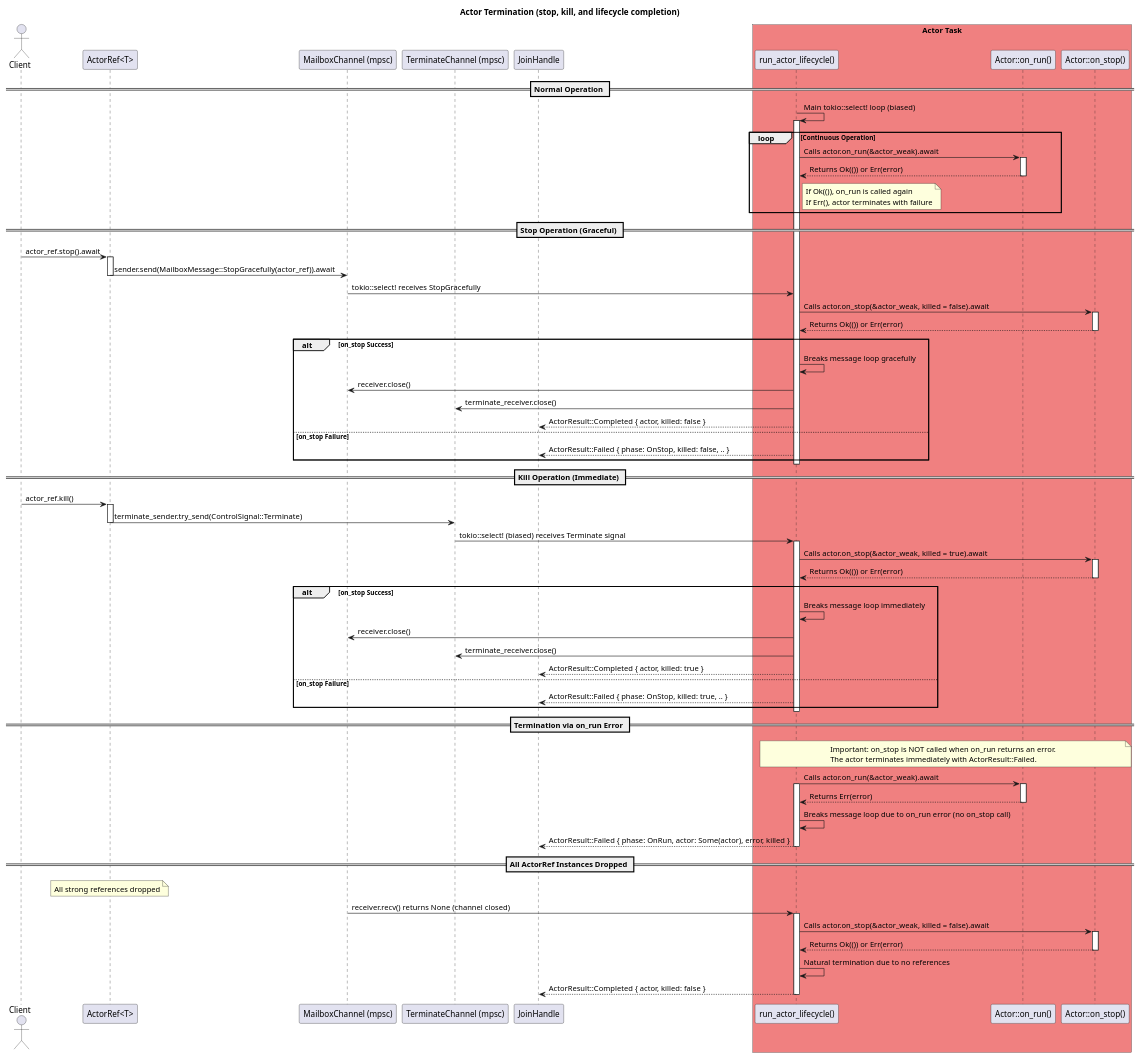
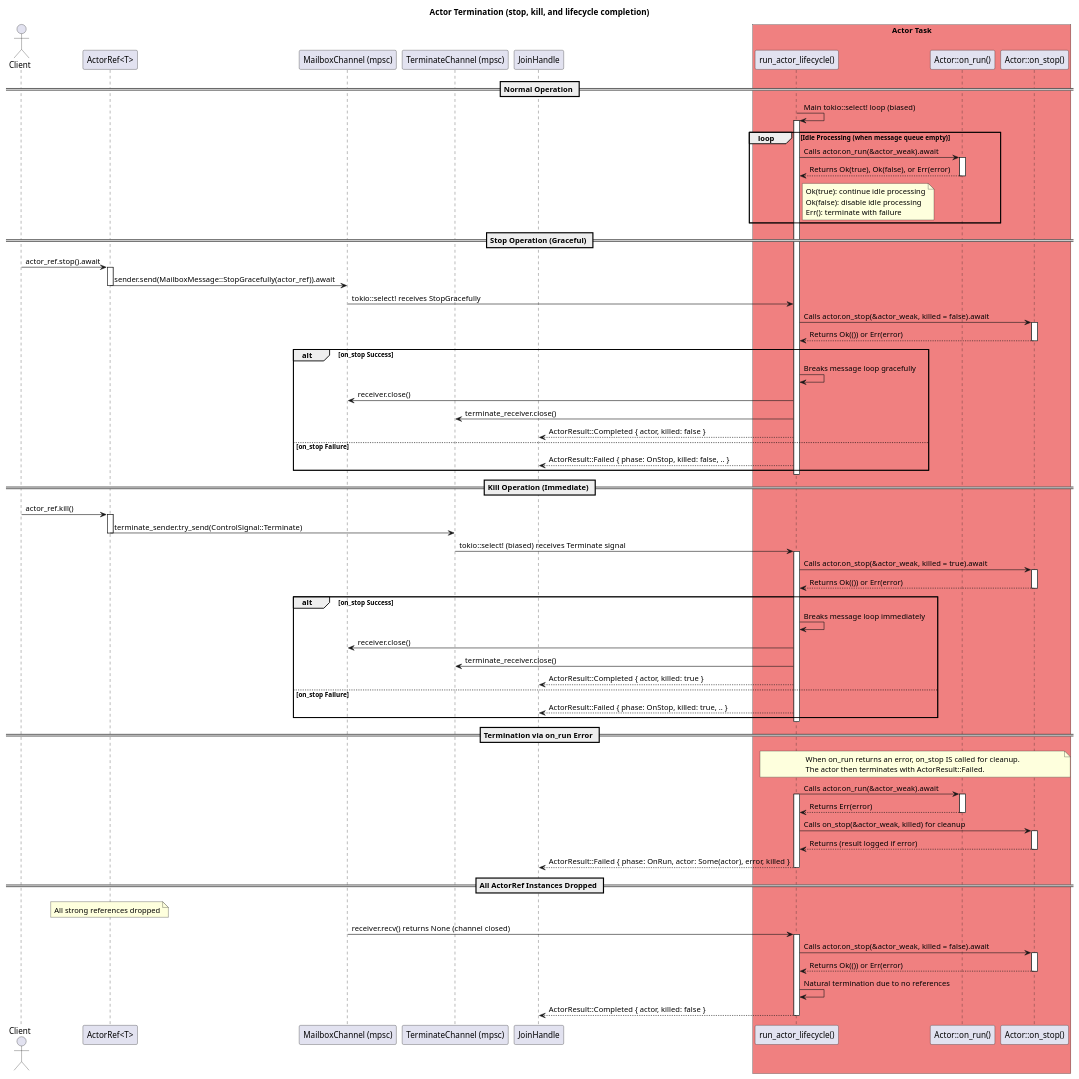
One commit to hiking90/rsactor changed the diagram in docs/termination.puml. Above: the diagram before and after it, drawn with PlantUML. The commit also changed 15 other files, not shown here.

First line of the commit message:
docs: update documentation for v0.13.0 on_run idle handler pattern

```diff
--- a/docs/termination.puml
+++ b/docs/termination.puml
@@ -1,103 +1,107 @@
 @startuml Actor Termination
 title Actor Termination (stop, kill, and lifecycle completion)
 
 actor Client
 participant "ActorRef<T>" as ActorRef_obj
 participant "MailboxChannel (mpsc)" as MailboxChannel
 participant "TerminateChannel (mpsc)" as TerminateChannel
 participant "run_actor_lifecycle()" as Lifecycle
 participant "Actor::on_run()" as on_run_method
 participant "Actor::on_stop()" as on_stop_method
 participant "JoinHandle" as JoinHandle_obj
 
 box "Actor Task" #LightCoral
     participant Lifecycle
     participant on_run_method
     participant on_stop_method
 end box
 
 == Normal Operation ==
 Lifecycle -> Lifecycle: Main tokio::select! loop (biased)
 activate Lifecycle
-loop Continuous Operation
+loop Idle Processing (when message queue empty)
   Lifecycle -> on_run_method: Calls actor.on_run(&actor_weak).await
   activate on_run_method
-  on_run_method --> Lifecycle: Returns Ok(()) or Err(error)
+  on_run_method --> Lifecycle: Returns Ok(true), Ok(false), or Err(error)
   deactivate on_run_method
-  note right of Lifecycle: If Ok(()), on_run is called again\nIf Err(), actor terminates with failure
+  note right of Lifecycle: Ok(true): continue idle processing\nOk(false): disable idle processing\nErr(): terminate with failure
 end
 
 == Stop Operation (Graceful) ==
 Client -> ActorRef_obj: actor_ref.stop().await
 activate ActorRef_obj
 ActorRef_obj -> MailboxChannel: sender.send(MailboxMessage::StopGracefully(actor_ref)).await
 deactivate ActorRef_obj
 
 MailboxChannel -> Lifecycle: tokio::select! receives StopGracefully
 Lifecycle -> on_stop_method: Calls actor.on_stop(&actor_weak, killed = false).await
 activate on_stop_method
 on_stop_method --> Lifecycle: Returns Ok(()) or Err(error)
 deactivate on_stop_method
 
 alt on_stop Success
   Lifecycle -> Lifecycle: Breaks message loop gracefully
   Lifecycle -> MailboxChannel: receiver.close()
   Lifecycle -> TerminateChannel: terminate_receiver.close()
   Lifecycle --> JoinHandle_obj: ActorResult::Completed { actor, killed: false }
 else on_stop Failure
   Lifecycle --> JoinHandle_obj: ActorResult::Failed { phase: OnStop, killed: false, .. }
 end
 deactivate Lifecycle
 
 == Kill Operation (Immediate) ==
 Client -> ActorRef_obj: actor_ref.kill()
 activate ActorRef_obj
 ActorRef_obj -> TerminateChannel: terminate_sender.try_send(ControlSignal::Terminate)
 deactivate ActorRef_obj
 
 TerminateChannel -> Lifecycle: tokio::select! (biased) receives Terminate signal
 activate Lifecycle
 Lifecycle -> on_stop_method: Calls actor.on_stop(&actor_weak, killed = true).await
 activate on_stop_method
 on_stop_method --> Lifecycle: Returns Ok(()) or Err(error)
 deactivate on_stop_method
 
 alt on_stop Success
   Lifecycle -> Lifecycle: Breaks message loop immediately
   Lifecycle -> MailboxChannel: receiver.close()
   Lifecycle -> TerminateChannel: terminate_receiver.close()
   Lifecycle --> JoinHandle_obj: ActorResult::Completed { actor, killed: true }
 else on_stop Failure
   Lifecycle --> JoinHandle_obj: ActorResult::Failed { phase: OnStop, killed: true, .. }
 end
 deactivate Lifecycle
 
 == Termination via on_run Error ==
 note over Lifecycle, on_stop_method
-  Important: on_stop is NOT called when on_run returns an error.
-  The actor terminates immediately with ActorResult::Failed.
+  When on_run returns an error, on_stop IS called for cleanup.
+  The actor then terminates with ActorResult::Failed.
 end note
 
 Lifecycle -> on_run_method: Calls actor.on_run(&actor_weak).await
 activate Lifecycle
 activate on_run_method
 on_run_method --> Lifecycle: Returns Err(error)
 deactivate on_run_method
 
-Lifecycle -> Lifecycle: Breaks message loop due to on_run error (no on_stop call)
+Lifecycle -> on_stop_method: Calls on_stop(&actor_weak, killed) for cleanup
+activate on_stop_method
+on_stop_method --> Lifecycle: Returns (result logged if error)
+deactivate on_stop_method
+
 Lifecycle --> JoinHandle_obj: ActorResult::Failed { phase: OnRun, actor: Some(actor), error, killed }
 deactivate Lifecycle
 
 == All ActorRef Instances Dropped ==
 note over ActorRef_obj: All strong references dropped
 MailboxChannel -> Lifecycle: receiver.recv() returns None (channel closed)
 activate Lifecycle
 Lifecycle -> on_stop_method: Calls actor.on_stop(&actor_weak, killed = false).await
 activate on_stop_method
 on_stop_method --> Lifecycle: Returns Ok(()) or Err(error)
 deactivate on_stop_method
 Lifecycle -> Lifecycle: Natural termination due to no references
 Lifecycle --> JoinHandle_obj: ActorResult::Completed { actor, killed: false }
 deactivate Lifecycle
 
 @enduml
```
